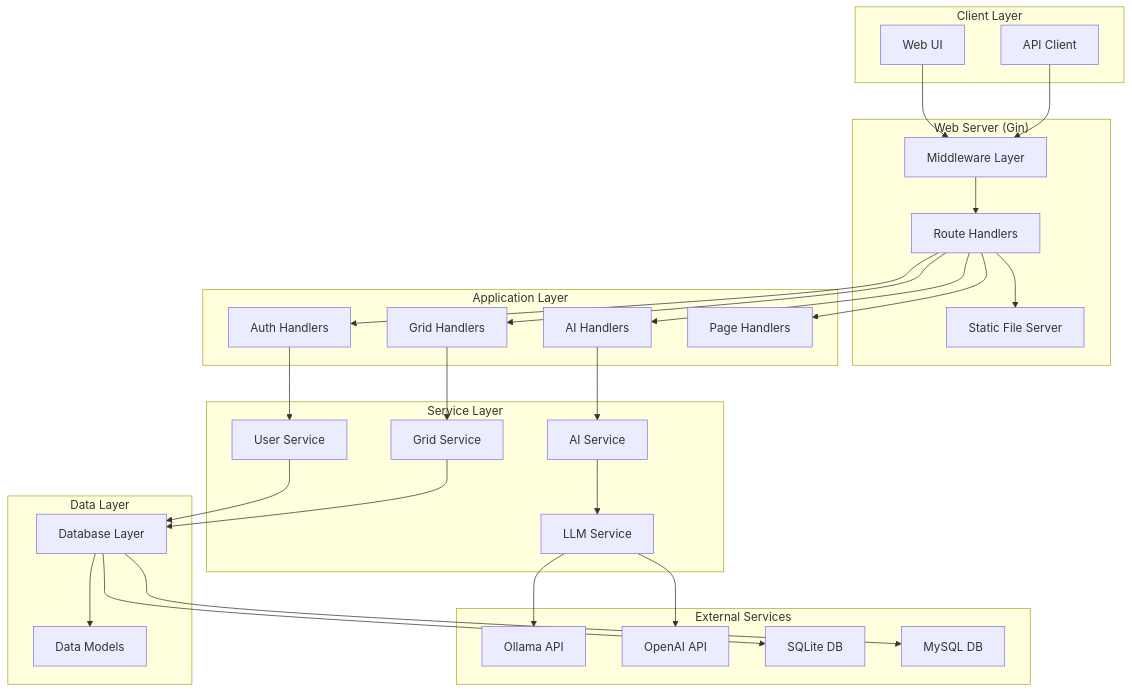
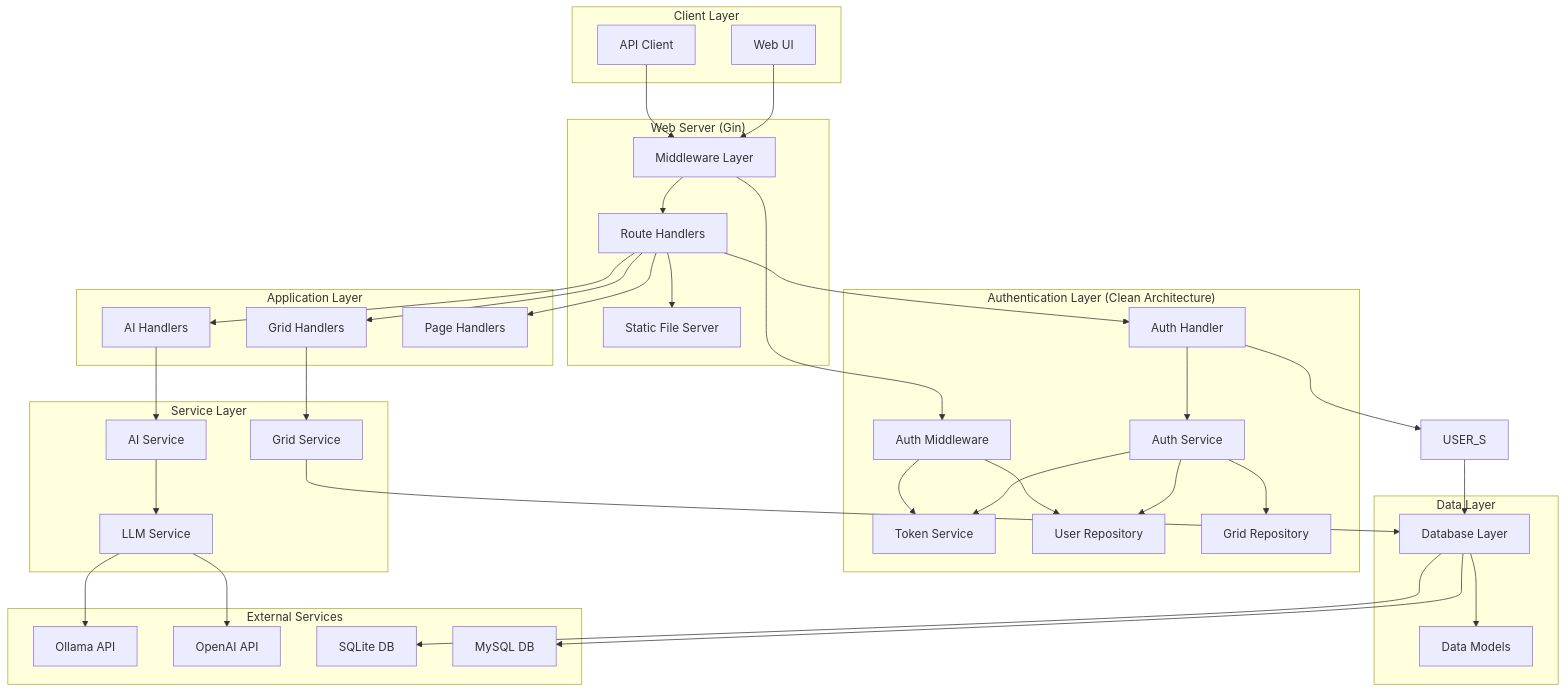
One commit to dnviti/web-app-CAA changed the first of 5 diagrams in docs/architecture/overview.md. Above: the diagram before and after it, drawn with Mermaid. The commit also changed other lines of this file and 38 other files, not shown here.

````diff
--- a/docs/architecture/overview.md
+++ b/docs/architecture/overview.md
@@ -7,63 +7,77 @@
 ```mermaid
 graph TB
     subgraph "Client Layer"
         UI[Web UI]
         API_CLIENT[API Client]
     end
     
     subgraph "Web Server (Gin)"
         MIDDLEWARE[Middleware Layer]
         ROUTES[Route Handlers]
         STATIC[Static File Server]
     end
     
+    subgraph "Authentication Layer (Clean Architecture)"
+        AUTH_H[Auth Handler]
+        AUTH_MW[Auth Middleware]
+        AUTH_S[Auth Service]
+        TOKEN_S[Token Service]
+        USER_R[User Repository]
+        GRID_R[Grid Repository]
+    end
+    
     subgraph "Application Layer"
-        AUTH_H[Auth Handlers]
         GRID_H[Grid Handlers]
         AI_H[AI Handlers]
         PAGE_H[Page Handlers]
     end
     
     subgraph "Service Layer"
-        USER_S[User Service]
         GRID_S[Grid Service]
         AI_S[AI Service]
         LLM_S[LLM Service]
     end
     
     subgraph "Data Layer"
         DB[Database Layer]
         MODELS[Data Models]
     end
     
     subgraph "External Services"
         OLLAMA[Ollama API]
         OPENAI[OpenAI API]
         SQLITE[SQLite DB]
         MYSQL[MySQL DB]
     end
     
     UI --> MIDDLEWARE
     API_CLIENT --> MIDDLEWARE
     MIDDLEWARE --> ROUTES
+    MIDDLEWARE --> AUTH_MW
     ROUTES --> STATIC
     ROUTES --> AUTH_H
+    AUTH_H --> AUTH_S
+    AUTH_S --> TOKEN_S
+    AUTH_S --> USER_R
+    AUTH_S --> GRID_R
+    AUTH_MW --> TOKEN_S
+    AUTH_MW --> USER_R
     ROUTES --> GRID_H
     ROUTES --> AI_H
     ROUTES --> PAGE_H
     
     AUTH_H --> USER_S
     GRID_H --> GRID_S
     AI_H --> AI_S
     
     AI_S --> LLM_S
     LLM_S --> OLLAMA
     LLM_S --> OPENAI
     
     USER_S --> DB
     GRID_S --> DB
     DB --> MODELS
     
     DB --> SQLITE
     DB --> MYSQL
 ```
````
